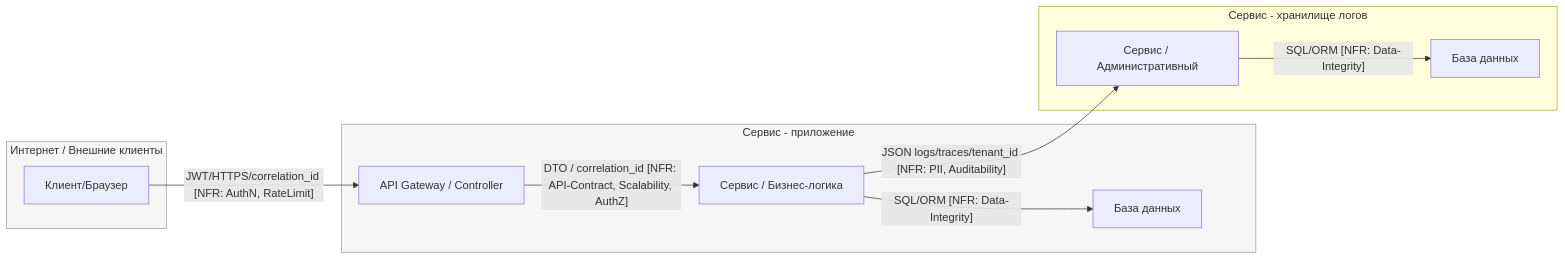
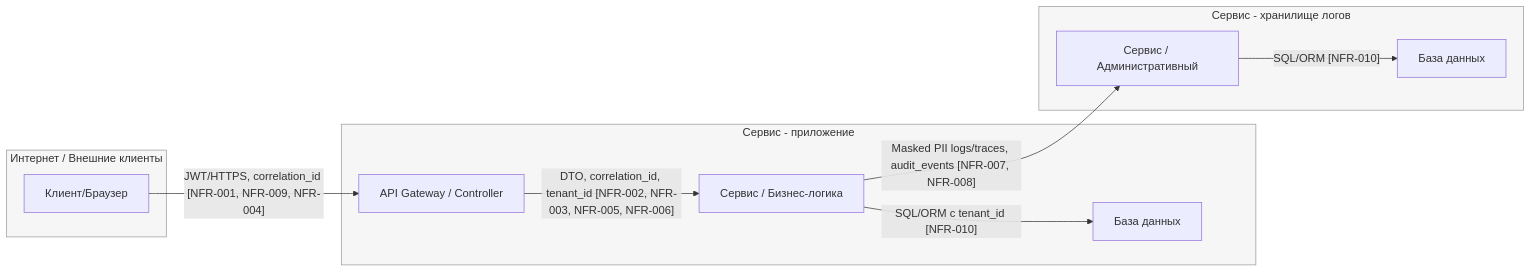
Before and after one commit to daniilmikulik/secdev-lite-daniilmikulik: the diagram in SEMINARS/S04_dfd_template.md, drawn with Mermaid.

Commit message:
fix: added concrete NFR to DFD diagram

````diff
--- a/SEMINARS/S04_dfd_template.md
+++ b/SEMINARS/S04_dfd_template.md
@@ -25,33 +25,32 @@
 ```mermaid
 flowchart LR
   %% --- Trust boundaries (по контурам) ---
   subgraph Internet[Интернет / Внешние клиенты]
     USER_AGENT[Клиент/Браузер]
   end
 
   subgraph Service[Сервис - приложение]
     Wishlist_GW[API Gateway / Controller]
     Wishlist_Service[Сервис / Бизнес-логика]
     PostgreSQL[База данных]
   end
 
   subgraph Logs_Storage[Сервис - хранилище логов]
     Logs_Service[Сервис / Административный]
     Logs_PostgreSQL[База данных]
   end
 
-  %% --- Основные потоки ---
-  USER_AGENT -- "JWT/HTTPS/correlation_id [NFR: AuthN, RateLimit]" --> Wishlist_GW
-  Wishlist_GW -->|"DTO / correlation_id [NFR: API-Contract, Scalability, AuthZ]" | Wishlist_Service
-  Wishlist_Service -->|"SQL/ORM [NFR: Data-Integrity]"| PostgreSQL
-  Wishlist_Service -->|"JSON logs/traces/tenant_id [NFR: PII, Auditability]"| Logs_Service
-  Logs_Service -->|"SQL/ORM [NFR: Data-Integrity]"|Logs_PostgreSQL
-
+  %% --- Основные потоки с привязкой к NFR ---
+  USER_AGENT -- "JWT/HTTPS, correlation_id [NFR-001, NFR-009, NFR-004]" --> Wishlist_GW
+  Wishlist_GW -- "DTO, correlation_id, tenant_id [NFR-002, NFR-003, NFR-005, NFR-006]" --> Wishlist_Service
+  Wishlist_Service -- "SQL/ORM с tenant_id [NFR-010]" --> PostgreSQL
+  Wishlist_Service -- "Masked PII logs/traces, audit_events [NFR-007, NFR-008]" --> Logs_Service
+  Logs_Service -- "SQL/ORM [NFR-010]" --> Logs_PostgreSQL
 
   %% --- Оформление границ ---
   classDef boundary fill:#f6f6f6,stroke:#999,stroke-width:1px;
-  class Internet,Service,External boundary;
+  class Internet,Service,Logs_Storage boundary;
 
   %% --- Стиль для опциональных элементов (если включите) ---
   classDef opt fill:#fafafa,stroke:#bbb,stroke-dasharray: 3 2;
 ```
````
